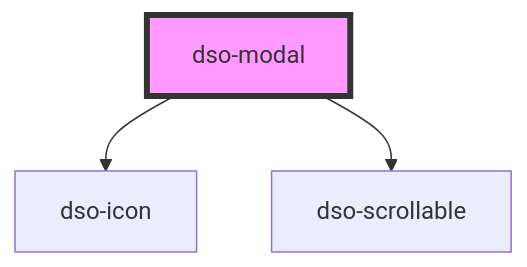
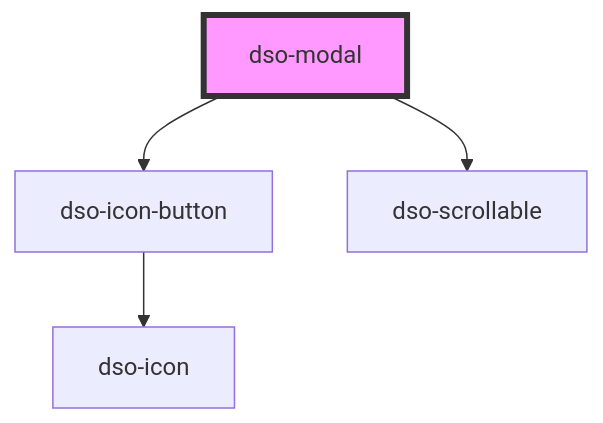
The diagram in packages/core/src/components/modal/readme.md (dso-toolkit/dso-toolkit), drawn with Mermaid before and after one commit. The commit also changed other lines of this file and 48 other files, not shown here.

Commit message:
#2315 [Added] Icon button: Replace all buttons with icon-only with the icon-button component

````diff
--- a/packages/core/src/components/modal/readme.md
+++ b/packages/core/src/components/modal/readme.md
@@ -35,6 +35,7 @@
 ```mermaid
 graph TD;
-  dso-modal --> dso-icon
+  dso-modal --> dso-icon-button
   dso-modal --> dso-scrollable
+  dso-icon-button --> dso-icon
   style dso-modal fill:#f9f,stroke:#333,stroke-width:4px
 ```
````
